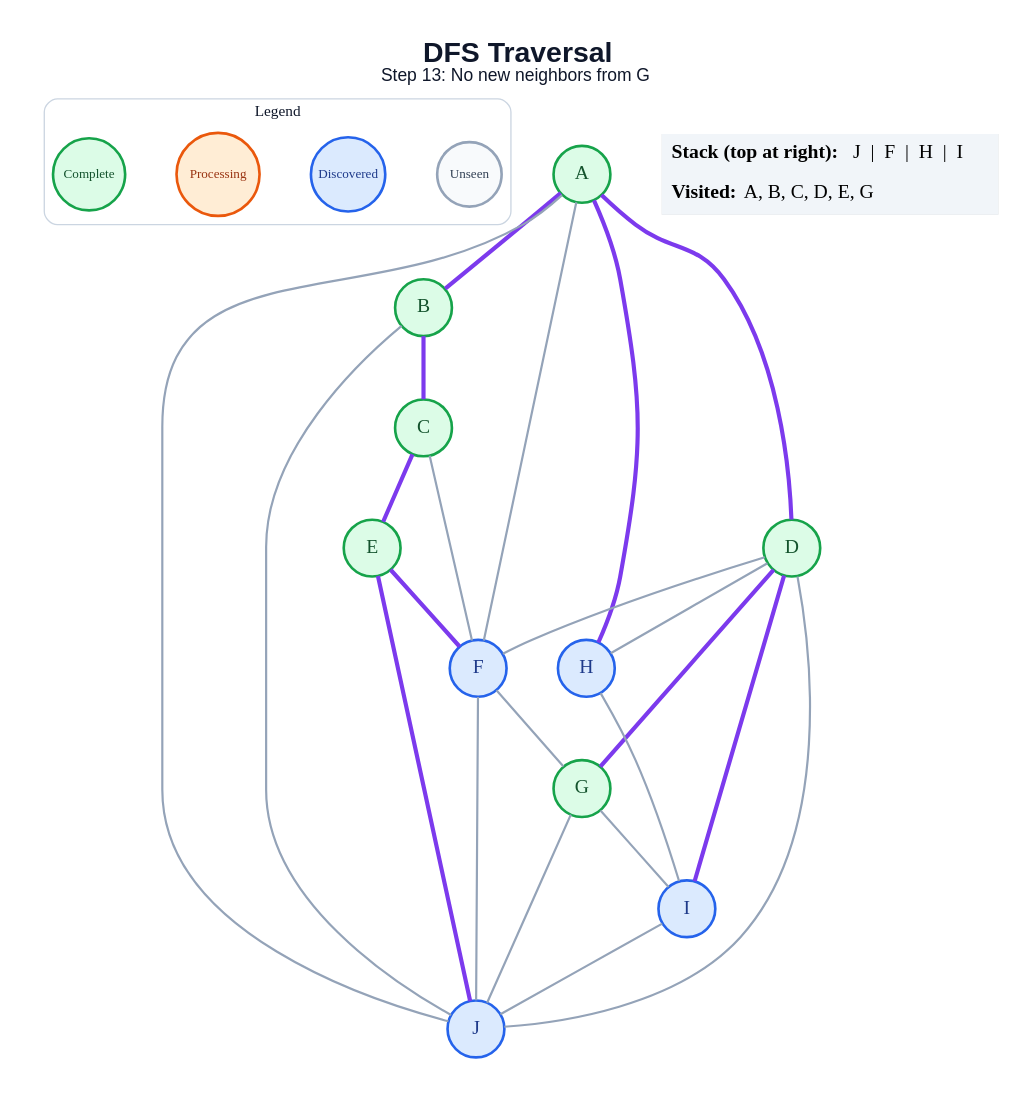
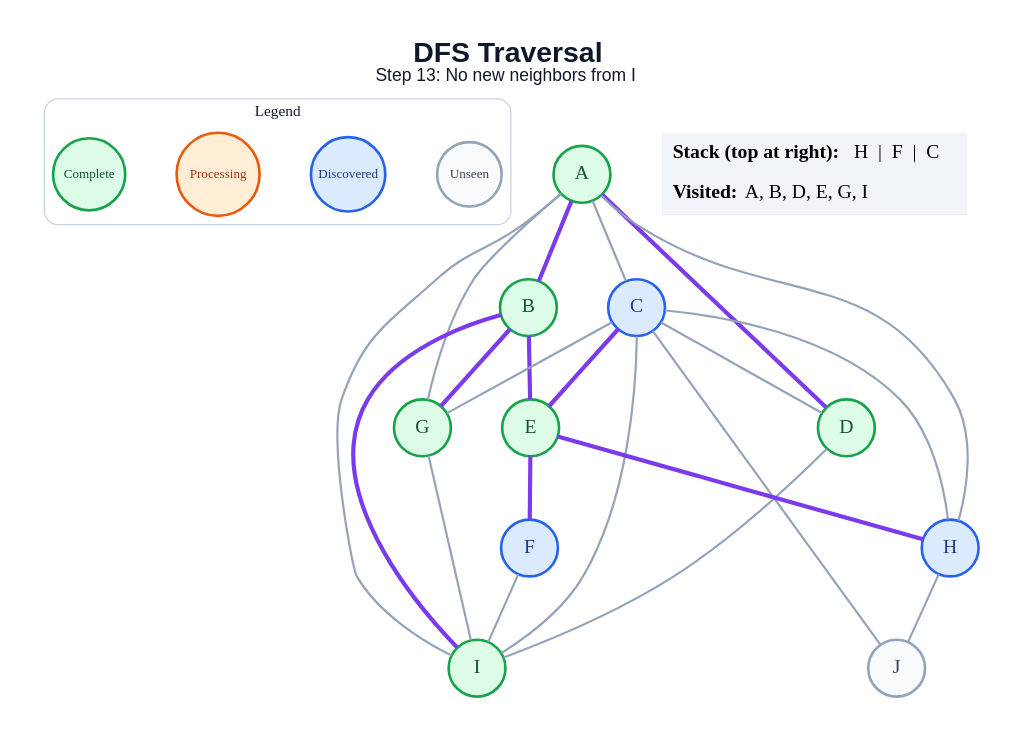
Before and after one commit to anon7238593-create/ai-slop: the diagram in generated/specific-node/dfs/step_13.dot, drawn with Graphviz. The commit also changed 171 other files, not shown here.

```diff
--- a/generated/specific-node/dfs/step_13.dot
+++ b/generated/specific-node/dfs/step_13.dot
@@ -1,51 +1,50 @@
 graph traversal {
   graph [layout=dot, rankdir=TB, bgcolor="#FFFFFF", pad="0.35", nodesep="0.65", ranksep="0.8", fontname="Arial"];
   node [shape=circle, style="filled", fontname="Arial Bold", fontsize=18, width=0.72, fixedsize=true, penwidth=2.4];
   edge [color="#94A3B8", penwidth=2.0];
-  label=<<B>DFS Traversal</B><BR/><FONT POINT-SIZE="16">Step 13: No new neighbors from G</FONT>>; labelloc="t"; fontsize=26; fontname="Arial"; fontcolor="#0F172A";
+  label=<<B>DFS Traversal</B><BR/><FONT POINT-SIZE="16">Step 13: No new neighbors from I</FONT>>; labelloc="t"; fontsize=26; fontname="Arial"; fontcolor="#0F172A";
   subgraph cluster_legend { label="Legend"; color="#CBD5E1"; penwidth=1.2; style="rounded"; fontsize=14; fontname="Arial Bold";
     key_unseen [label="Unseen", fillcolor="#F8FAFC", color="#94A3B8", fontcolor="#334155", fontsize=12, width=0.82];
     key_frontier [label="Discovered", fillcolor="#DBEAFE", color="#2563EB", fontcolor="#1E3A8A", fontsize=12, width=0.95];
     key_current [label="Processing", fillcolor="#FFEDD5", color="#EA580C", fontcolor="#9A3412", fontsize=12, width=1.05];
     key_done [label="Complete", fillcolor="#DCFCE7", color="#16A34A", fontcolor="#14532D", fontsize=12, width=0.92];
     { rank=same; key_unseen; key_frontier; key_current; key_done; }
   }
   A [fillcolor="#DCFCE7", color="#16A34A", fontcolor="#14532D"];
   B [fillcolor="#DCFCE7", color="#16A34A", fontcolor="#14532D"];
-  C [fillcolor="#DCFCE7", color="#16A34A", fontcolor="#14532D"];
+  C [fillcolor="#DBEAFE", color="#2563EB", fontcolor="#1E3A8A"];
   D [fillcolor="#DCFCE7", color="#16A34A", fontcolor="#14532D"];
   E [fillcolor="#DCFCE7", color="#16A34A", fontcolor="#14532D"];
   F [fillcolor="#DBEAFE", color="#2563EB", fontcolor="#1E3A8A"];
   G [fillcolor="#DCFCE7", color="#16A34A", fontcolor="#14532D"];
   H [fillcolor="#DBEAFE", color="#2563EB", fontcolor="#1E3A8A"];
-  I [fillcolor="#DBEAFE", color="#2563EB", fontcolor="#1E3A8A"];
-  J [fillcolor="#DBEAFE", color="#2563EB", fontcolor="#1E3A8A"];
+  I [fillcolor="#DCFCE7", color="#16A34A", fontcolor="#14532D"];
+  J [fillcolor="#F8FAFC", color="#94A3B8", fontcolor="#334155"];
   A -- B [color="#7C3AED", penwidth=3.8];
+  A -- C;
   A -- D [color="#7C3AED", penwidth=3.8];
-  A -- F;
-  A -- H [color="#7C3AED", penwidth=3.8];
-  A -- J;
-  B -- C [color="#7C3AED", penwidth=3.8];
-  B -- J;
+  A -- G;
+  A -- H;
+  A -- I;
+  B -- E [color="#7C3AED", penwidth=3.8];
+  B -- G [color="#7C3AED", penwidth=3.8];
+  B -- I [color="#7C3AED", penwidth=3.8];
+  C -- D;
   C -- E [color="#7C3AED", penwidth=3.8];
-  C -- F;
-  D -- F;
-  D -- G [color="#7C3AED", penwidth=3.8];
-  D -- H;
-  D -- I [color="#7C3AED", penwidth=3.8];
-  D -- J;
+  C -- G;
+  C -- H;
+  C -- I;
+  C -- J;
+  D -- I;
   E -- F [color="#7C3AED", penwidth=3.8];
-  E -- J [color="#7C3AED", penwidth=3.8];
-  F -- G;
-  F -- J;
+  E -- H [color="#7C3AED", penwidth=3.8];
+  F -- I;
   G -- I;
-  G -- J;
-  H -- I;
-  I -- J;
+  H -- J;
   status [shape=plain, fixedsize=false, width=0, height=0, margin=0, label=<
     <TABLE BORDER="0" CELLBORDER="0" CELLPADDING="7" BGCOLOR="#F1F5F9">
-      <TR><TD ALIGN="LEFT"><B>Stack (top at right):</B> J  |  F  |  H  |  I</TD></TR>
-      <TR><TD ALIGN="LEFT"><B>Visited:</B> A, B, C, D, E, G</TD></TR>
+      <TR><TD ALIGN="LEFT"><B>Stack (top at right):</B> H  |  F  |  C</TD></TR>
+      <TR><TD ALIGN="LEFT"><B>Visited:</B> A, B, D, E, G, I</TD></TR>
     </TABLE>
   >];
 }
```
